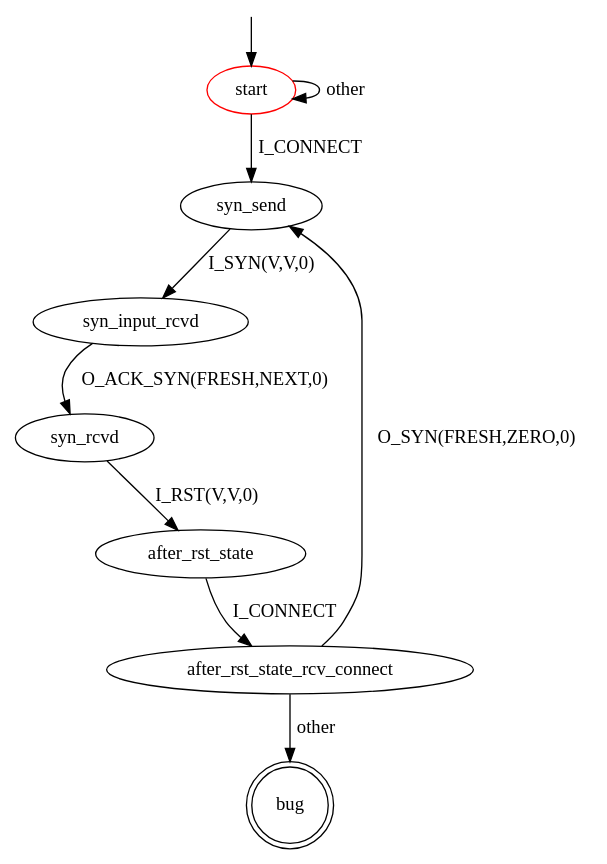
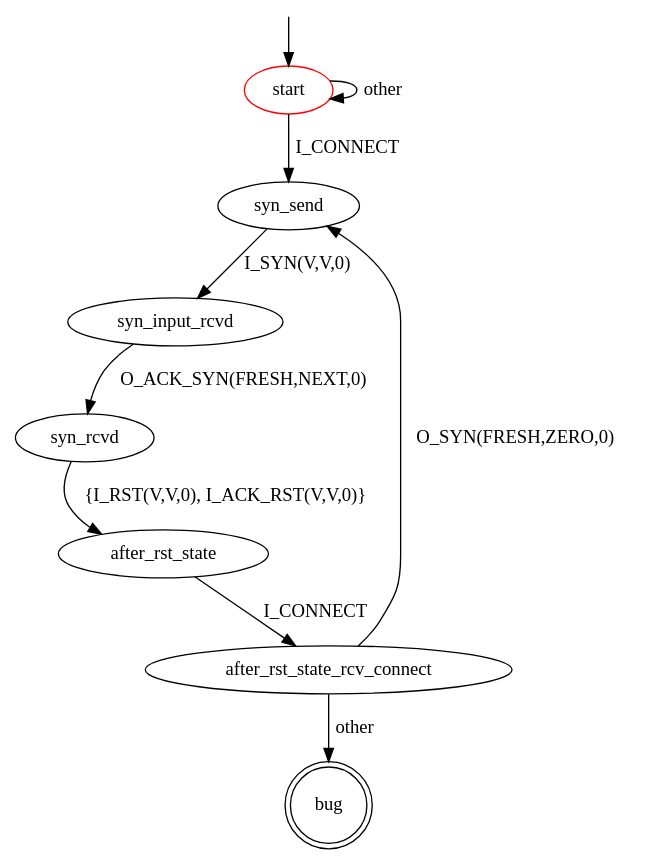
One commit to assist-project/state-machine-bug-finder changed the diagram in src/main/resources/patterns/tcp/client/fail_back_to_close_state.dot. Above: the diagram before and after it, drawn with Graphviz. The commit also changed 1 other file, not shown here.

```diff
--- a/src/main/resources/patterns/tcp/client/fail_back_to_close_state.dot
+++ b/src/main/resources/patterns/tcp/client/fail_back_to_close_state.dot
@@ -1,21 +1,21 @@
 digraph G {
 label=""
 start [color="red"]
 bug [shape="doublecircle"]
 
 start -> start [label="other"]
 start -> syn_send [label="I_CONNECT"]
 
 syn_send -> syn_input_rcvd [label="I_SYN(V,V,0)"]
 
 syn_input_rcvd -> syn_rcvd [label="O_ACK_SYN(FRESH,NEXT,0)"]
 
-syn_rcvd -> after_rst_state [label="I_RST(V,V,0)"]
+syn_rcvd -> after_rst_state [label="{I_RST(V,V,0), I_ACK_RST(V,V,0)}"]
 
 after_rst_state -> after_rst_state_rcv_connect [label="I_CONNECT"]
 after_rst_state_rcv_connect -> syn_send [label="O_SYN(FRESH,ZERO,0)"] 
 after_rst_state_rcv_connect -> bug [label="other"]
 
 __start0 [label="" shape="none" width="0" height="0"];
 __start0 -> start;
 }
```
